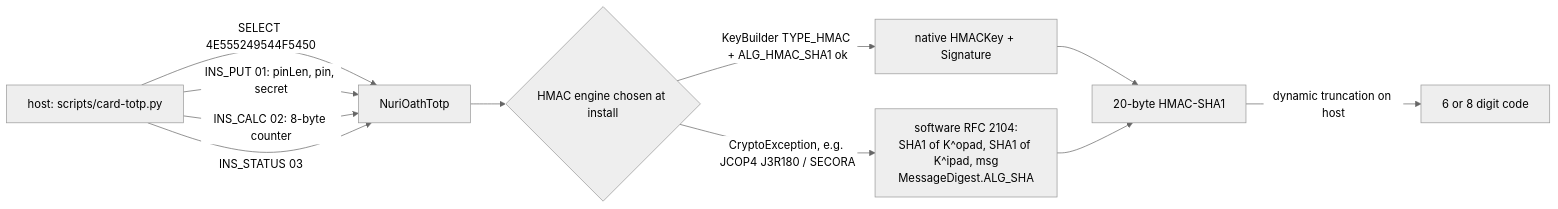
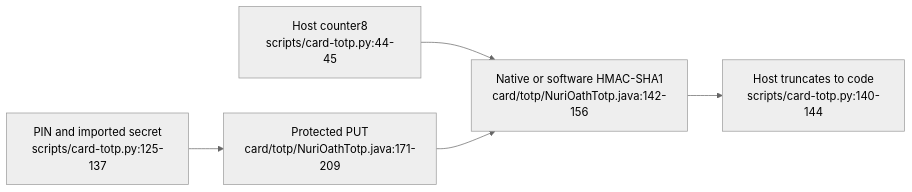
Before and after one commit to nuri-com/nuri-passkey-prf-smartcard: the diagram in docs/totp-applet.md, drawn with Mermaid (neutral theme). The commit also changed other lines of this file and 55 other files, not shown here.

````diff
--- a/docs/totp-applet.md
+++ b/docs/totp-applet.md
@@ -10,13 +3,7 @@
 ```mermaid
 flowchart LR
-  H[host: scripts/card-totp.py] -->|SELECT 4E555249544F5450| A[NuriOathTotp]
-  H -->|INS_PUT 01: pinLen, pin, secret| A
-  H -->|INS_CALC 02: 8-byte counter| A
-  H -->|INS_STATUS 03| A
-  A --> E{HMAC engine chosen at install}
-  E -->|KeyBuilder TYPE_HMAC + ALG_HMAC_SHA1 ok| N[native HMACKey + Signature]
-  E -->|CryptoException, e.g. JCOP4 J3R180 / SECORA| S[software RFC 2104:<br/>SHA1 of K^opad, SHA1 of K^ipad, msg<br/>MessageDigest.ALG_SHA]
-  N --> R[20-byte HMAC-SHA1]
-  S --> R
-  R -->|dynamic truncation on host| C[6 or 8 digit code]
+  P["PIN and imported secret<br/>scripts/card-totp.py:125-137"] --> S["Protected PUT<br/>card/totp/NuriOathTotp.java:171-209"]
+  T["Host counter8<br/>scripts/card-totp.py:44-45"] --> H["Native or software HMAC-SHA1<br/>card/totp/NuriOathTotp.java:142-156"]
+  S --> H
+  H --> C["Host truncates to code<br/>scripts/card-totp.py:140-144"]
 ```
````
